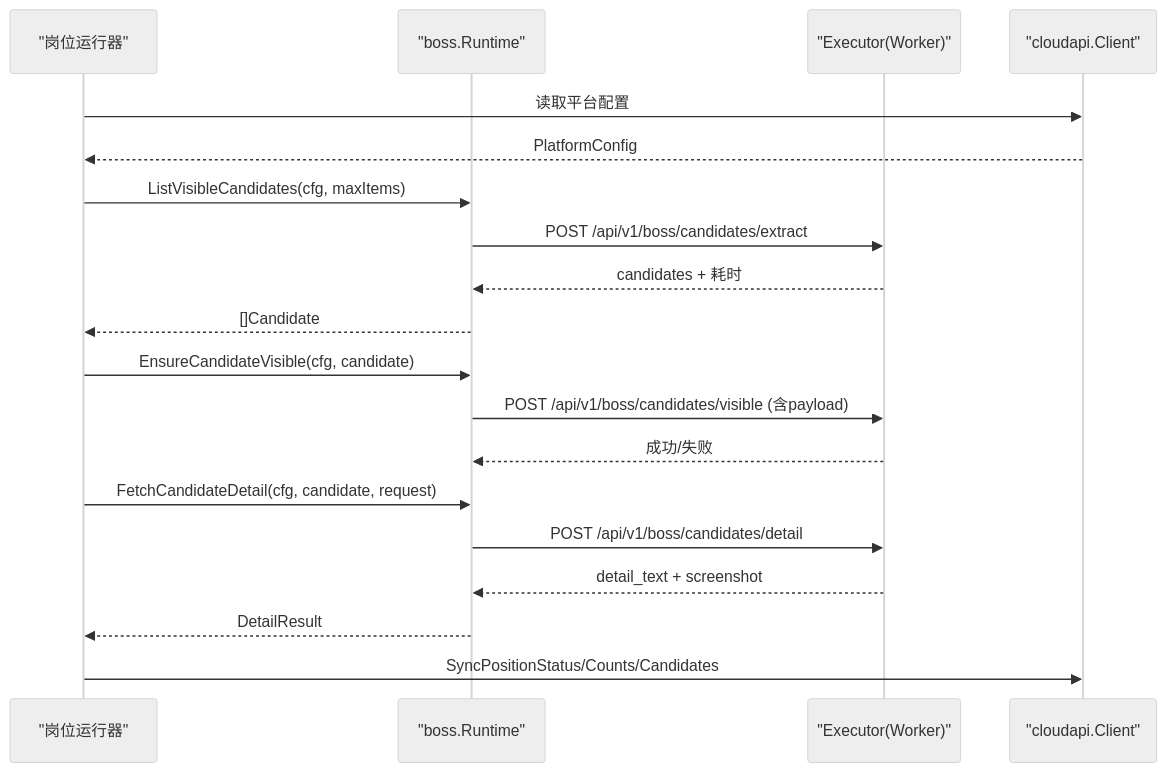
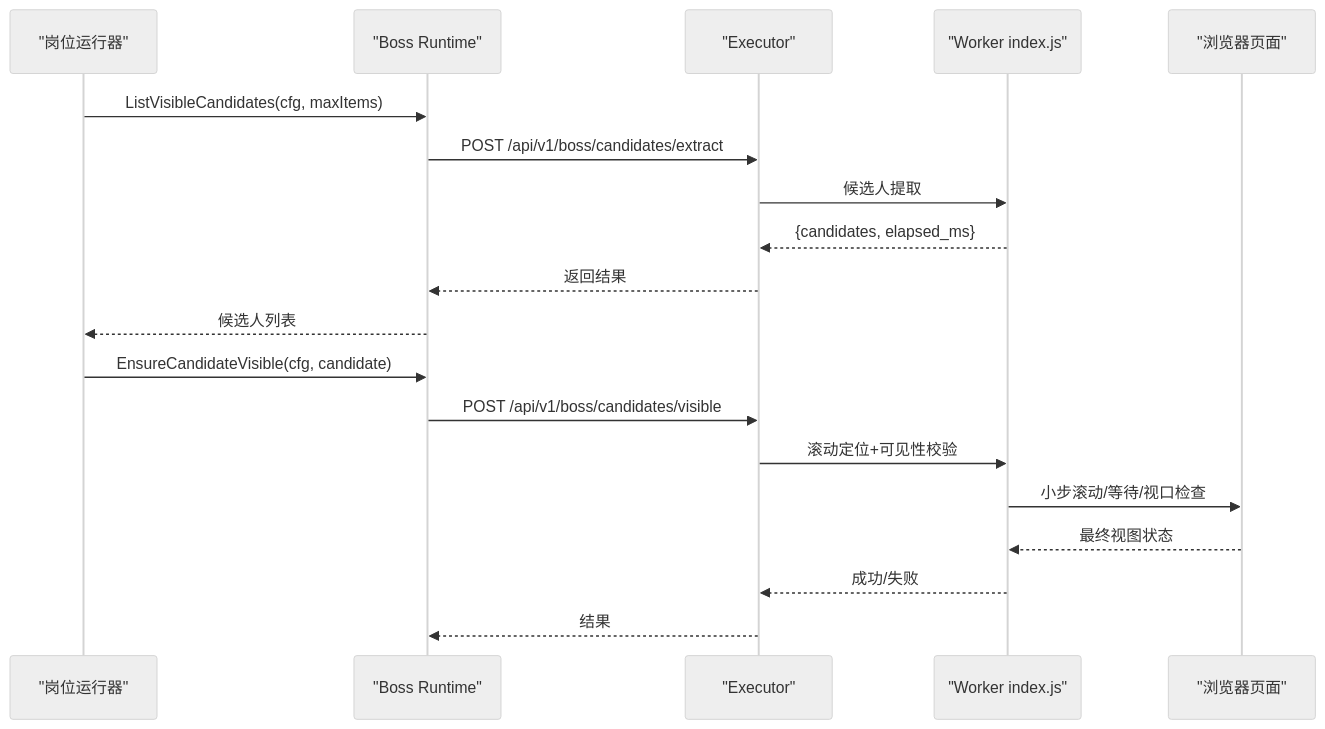
Before and after one commit to alvinwangzi/goodhr: the second of 9 diagrams in .qoder/repowiki/zh/content/本地执行器/平台适配器/Boss直聘适配器/Boss运行时环境.md, drawn with Mermaid (neutral theme). The commit also changed other lines of this file and 149 other files, not shown here.

````diff
--- a/.qoder/repowiki/zh/content/本地执行器/平台适配器/Boss直聘适配器/Boss运行时环境.md
+++ b/.qoder/repowiki/zh/content/本地执行器/平台适配器/Boss直聘适配器/Boss运行时环境.md
@@ -86,21 +115,21 @@
 ```mermaid
 sequenceDiagram
 participant Runner as "岗位运行器"
-participant Boss as "boss.Runtime"
-participant Exec as "Executor(Worker)"
-participant Cloud as "cloudapi.Client"
-Runner->>Cloud : 读取平台配置
-Cloud-->>Runner : PlatformConfig
+participant Boss as "Boss Runtime"
+participant Exec as "Executor"
+participant Worker as "Worker index.js"
+participant Browser as "浏览器页面"
 Runner->>Boss : ListVisibleCandidates(cfg, maxItems)
 Boss->>Exec : POST /api/v1/boss/candidates/extract
-Exec-->>Boss : candidates + 耗时
-Boss-->>Runner : []Candidate
+Exec->>Worker : 候选人提取
+Worker-->>Exec : {candidates, elapsed_ms}
+Exec-->>Boss : 返回结果
+Boss-->>Runner : 候选人列表
 Runner->>Boss : EnsureCandidateVisible(cfg, candidate)
-Boss->>Exec : POST /api/v1/boss/candidates/visible (含payload)
-Exec-->>Boss : 成功/失败
-Runner->>Boss : FetchCandidateDetail(cfg, candidate, request)
-Boss->>Exec : POST /api/v1/boss/candidates/detail
-Exec-->>Boss : detail_text + screenshot
-Boss-->>Runner : DetailResult
-Runner->>Cloud : SyncPositionStatus/Counts/Candidates
+Boss->>Exec : POST /api/v1/boss/candidates/visible
+Exec->>Worker : 滚动定位+可见性校验
+Worker->>Browser : 小步滚动/等待/视口检查
+Browser-->>Worker : 最终视图状态
+Worker-->>Exec : 成功/失败
+Exec-->>Boss : 结果
 ```
````
